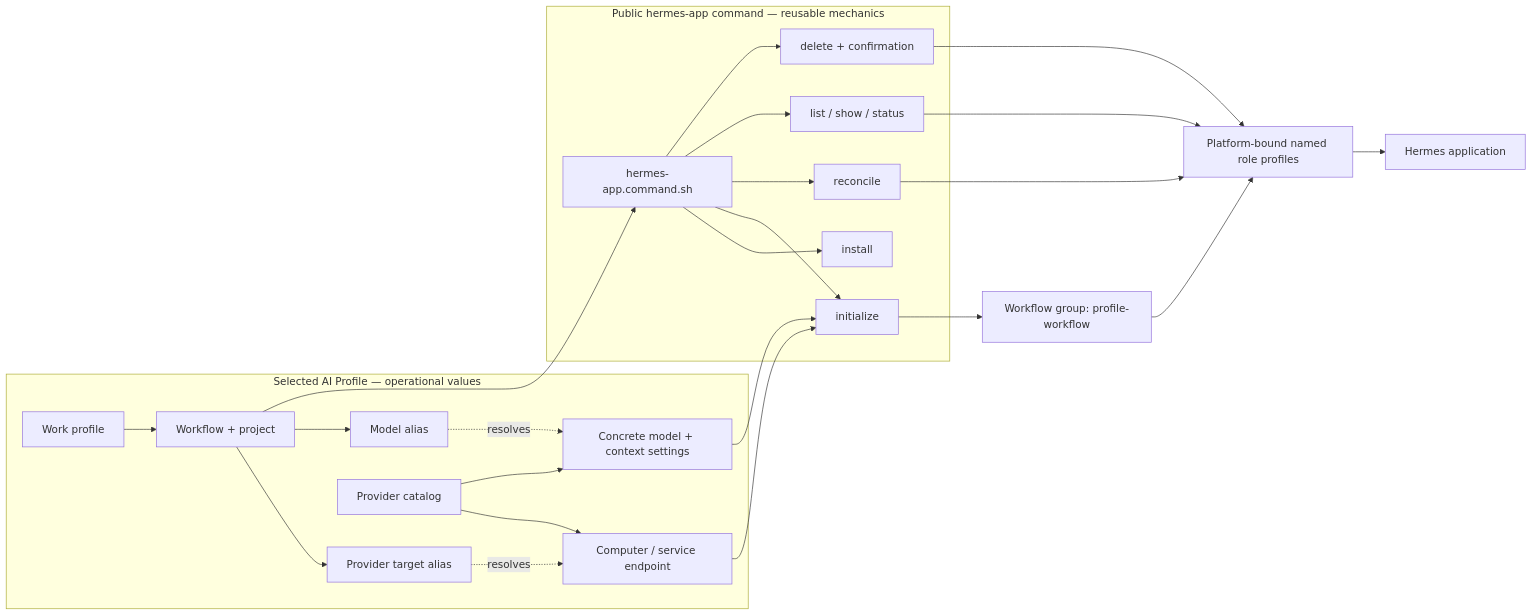
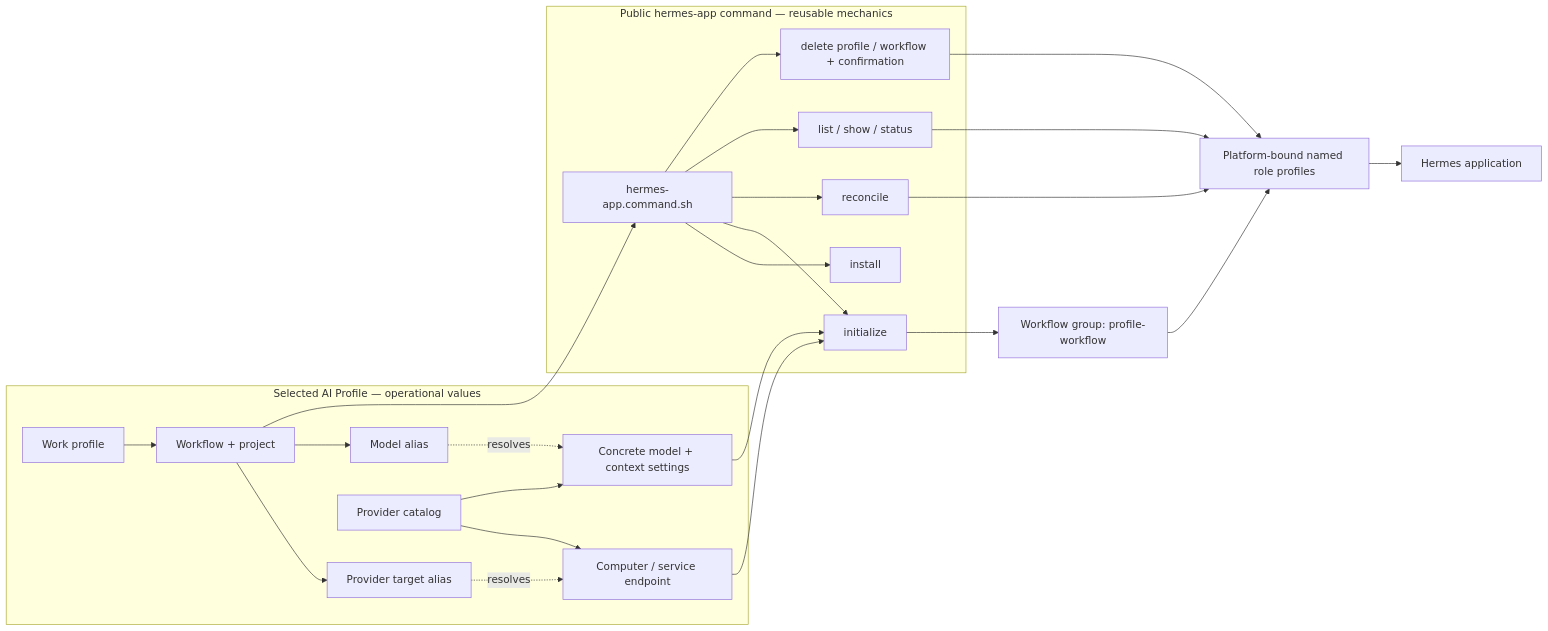
The diagram in ai-commands/hermes-app/hermes-app.command.md (starodubtsevconsulting/ai-fleas), drawn with Mermaid before and after one commit. The commit also changed other lines of this file and 3 other files, not shown here.

````diff
--- a/ai-commands/hermes-app/hermes-app.command.md
+++ b/ai-commands/hermes-app/hermes-app.command.md
@@ -9,36 +9,36 @@
 ```mermaid
 flowchart LR
   subgraph PrivateProfile["Selected AI Profile — operational values"]
     Profile["Work profile"] --> Workflow["Workflow + project"]
     Workflow --> TargetAlias["Provider target alias"]
     Workflow --> ModelAlias["Model alias"]
     Catalog["Provider catalog"] --> Target["Computer / service endpoint"]
     Catalog --> Model["Concrete model + context settings"]
     TargetAlias -. resolves .-> Target
     ModelAlias -. resolves .-> Model
   end
 
   subgraph PublicCommand["Public hermes-app command — reusable mechanics"]
     Dispatcher["hermes-app.command.sh"]
     Install["install"]
     Initialize["initialize"]
     Reconcile["reconcile"]
     Inspect["list / show / status"]
-    Delete["delete + confirmation"]
+    Delete["delete profile / workflow + confirmation"]
     Dispatcher --> Install
     Dispatcher --> Initialize
     Dispatcher --> Reconcile
     Dispatcher --> Inspect
     Dispatcher --> Delete
   end
 
   Workflow --> Dispatcher
   Target --> Initialize
   Model --> Initialize
   Initialize --> Group["Workflow group: profile-workflow"]
   Group --> Roster["Platform-bound named role profiles"]
   Reconcile --> Roster
   Inspect --> Roster
   Delete --> Roster
   Roster --> App["Hermes application"]
 ```
````
